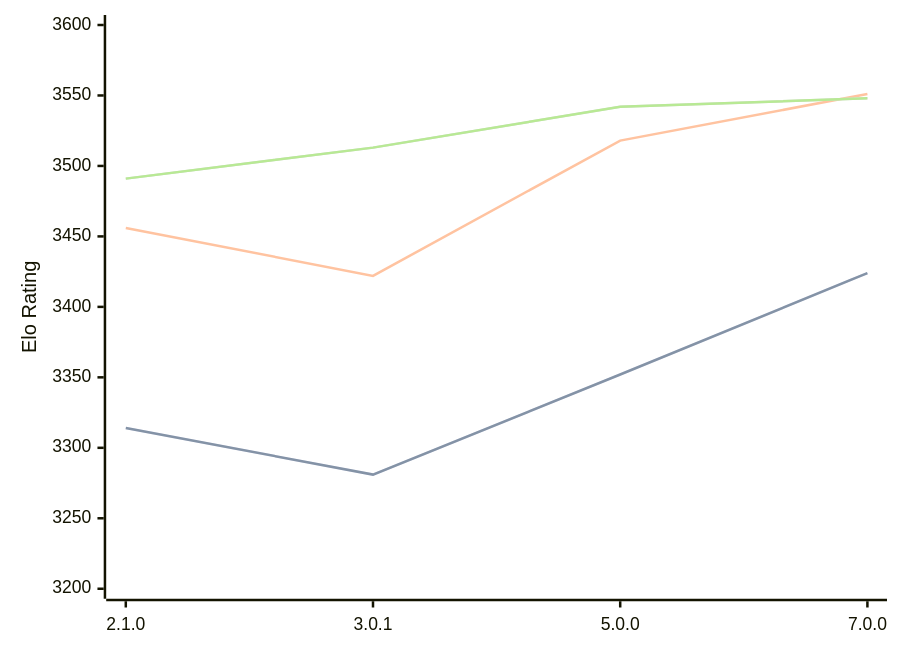
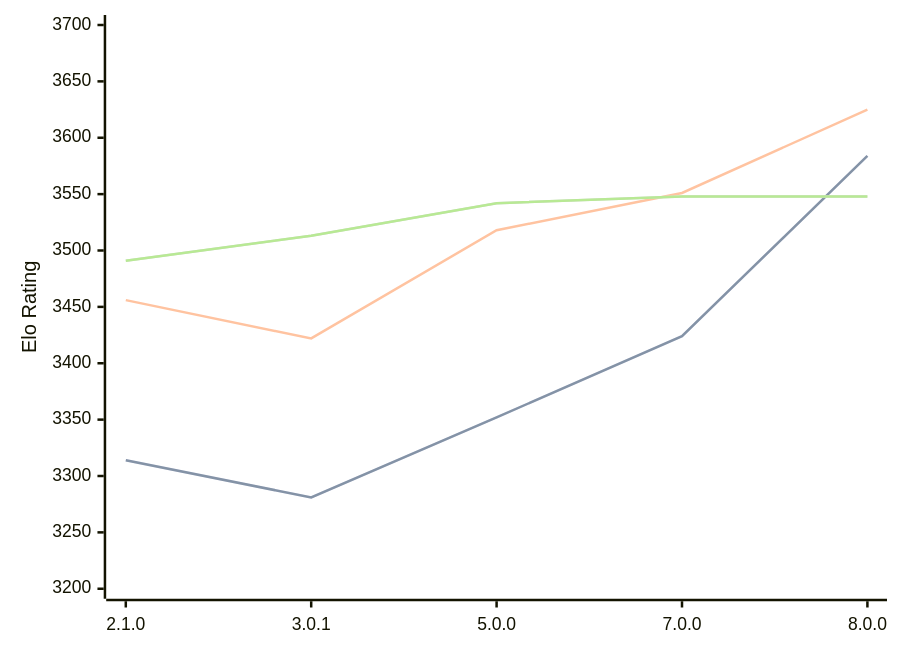
Before and after one commit to computer-chess-index/cci: the first of 3 diagrams in engines/PlentyChess.md, drawn with Mermaid. The commit also changed other lines of this file, not shown here.

Commit message:
Update CCI Ratings (ELO VLTC) - 2026-06-30

````diff
--- a/engines/PlentyChess.md
+++ b/engines/PlentyChess.md
@@ -46,11 +46,11 @@
 ```mermaid
 %%{init: {"theme":"base","themeVariables":{"seriesColors:['#a3a3a3','#222221','#faa371']}}}%%
 xychart-beta
-  x-axis ["2.1.0", "3.0.1", "5.0.0", "7.0.0"]
-  y-axis "Elo Rating" 3200 --> 3600
-  line "STC (8.0+0.08s)" [3314, 3281, 3352, 3424]
-  line "STC (8.0+0.08s)" [3314, 3281, 3352, 3424]
-  line "LTC (60.0+0.60s)" [3456, 3422, 3518, 3551]
-  line "VLTC (2m24s+1.12s)" [3491, 3513, 3542, 3548]
-  line "VLTC (2m24s+1.12s)" [3491, 3513, 3542, 3548]
+  x-axis ["2.1.0", "3.0.1", "5.0.0", "7.0.0", "8.0.0"]
+  y-axis "Elo Rating" 3200 --> 3700
+  line "STC (8.0+0.08s)" [3314, 3281, 3352, 3424, 3584]
+  line "STC (8.0+0.08s)" [3314, 3281, 3352, 3424, 3584]
+  line "LTC (60.0+0.60s)" [3456, 3422, 3518, 3551, 3625]
+  line "VLTC (2m24s+1.12s)" [3491, 3513, 3542, 3548, 3548]
+  line "VLTC (2m24s+1.12s)" [3491, 3513, 3542, 3548, 3548]
 ```
````
